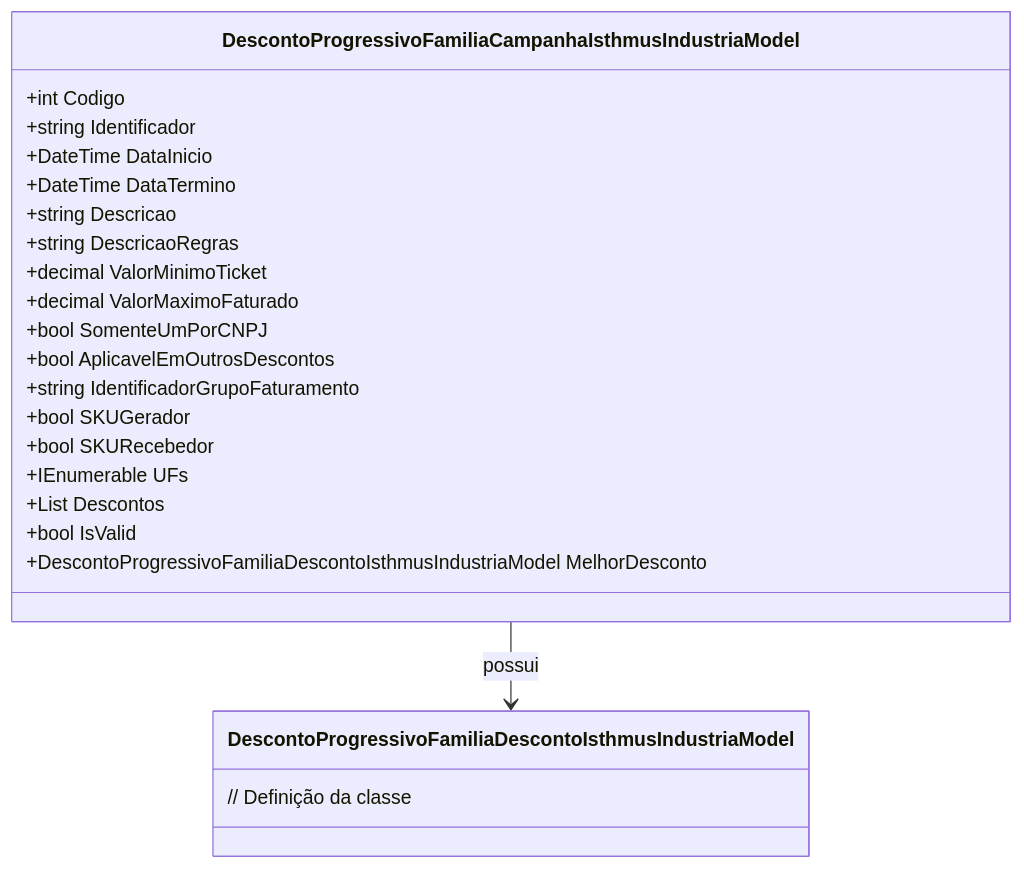
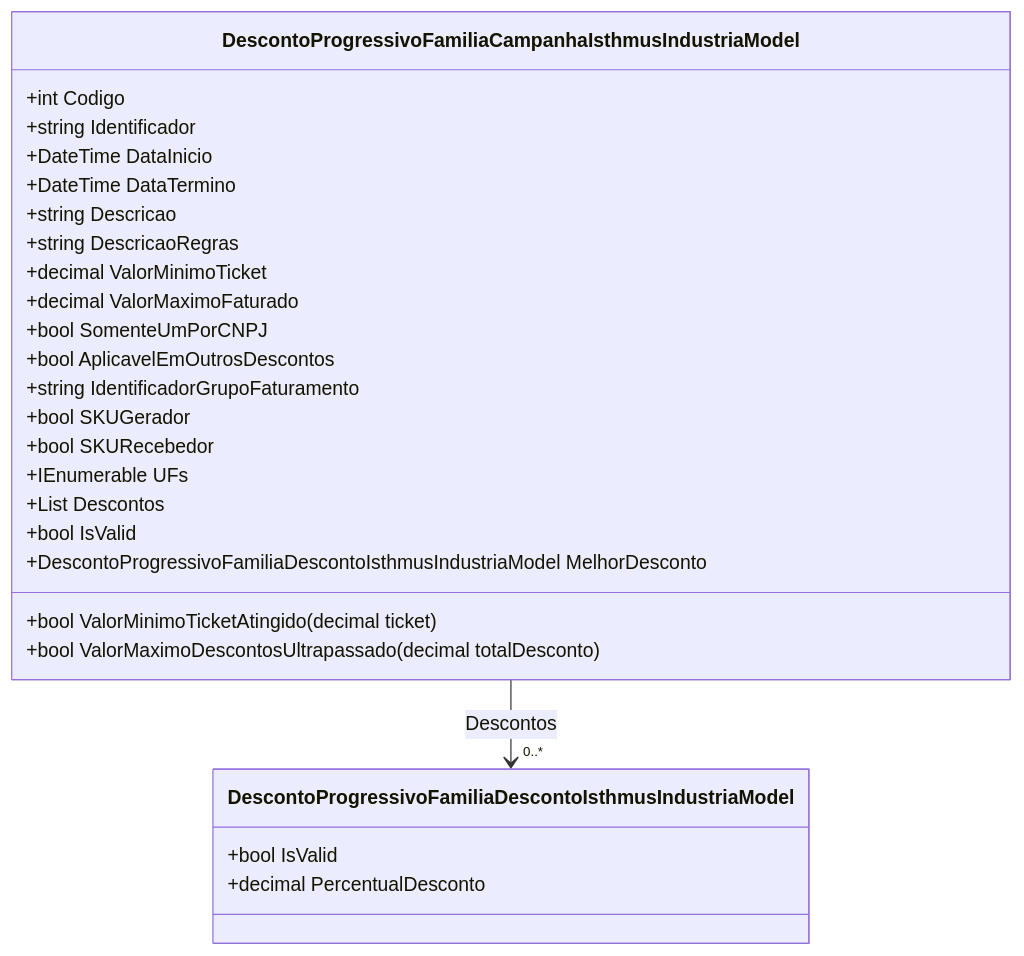
The diagram in docs/b2b-dominio/IsthmusWinthor.Nucleo/IsthmusWinthor.Dominio/POCO/Precos/IsthmusIndustrias/CondicoesComerciais/DescontosProgressivosFamilias/DescontoProgressivoFamiliaCampanhaIsthmusIndustriaModel.md (IsthmusSistemas/documentacao-tecnica), drawn with Mermaid before and after one commit. The commit also changed other lines of this file and 882 other files, not shown here.

````diff
--- a/docs/b2b-dominio/IsthmusWinthor.Nucleo/IsthmusWinthor.Dominio/POCO/Precos/IsthmusIndustrias/CondicoesComerciais/DescontosProgressivosFamilias/DescontoProgressivoFamiliaCampanhaIsthmusIndustriaModel.md
+++ b/docs/b2b-dominio/IsthmusWinthor.Nucleo/IsthmusWinthor.Dominio/POCO/Precos/IsthmusIndustrias/CondicoesComerciais/DescontosProgressivosFamilias/DescontoProgressivoFamiliaCampanhaIsthmusIndustriaModel.md
@@ -45,26 +41,29 @@
 ```mermaid
 classDiagram
     class DescontoProgressivoFamiliaCampanhaIsthmusIndustriaModel {
         +int Codigo
         +string Identificador
         +DateTime DataInicio
         +DateTime DataTermino
         +string Descricao
         +string DescricaoRegras
         +decimal ValorMinimoTicket
         +decimal ValorMaximoFaturado
         +bool SomenteUmPorCNPJ
         +bool AplicavelEmOutrosDescontos
         +string IdentificadorGrupoFaturamento
         +bool SKUGerador
         +bool SKURecebedor
         +IEnumerable<string> UFs
         +List<DescontoProgressivoFamiliaDescontoIsthmusIndustriaModel> Descontos
         +bool IsValid
         +DescontoProgressivoFamiliaDescontoIsthmusIndustriaModel MelhorDesconto
+        +bool ValorMinimoTicketAtingido(decimal ticket)
+        +bool ValorMaximoDescontosUltrapassado(decimal totalDesconto)
     }
     class DescontoProgressivoFamiliaDescontoIsthmusIndustriaModel {
-        // Definição da classe
+        +bool IsValid
+        +decimal PercentualDesconto
     }
-    DescontoProgressivoFamiliaCampanhaIsthmusIndustriaModel --> DescontoProgressivoFamiliaDescontoIsthmusIndustriaModel : possui
+    DescontoProgressivoFamiliaCampanhaIsthmusIndustriaModel --> "0..*" DescontoProgressivoFamiliaDescontoIsthmusIndustriaModel : Descontos
 ```
````
